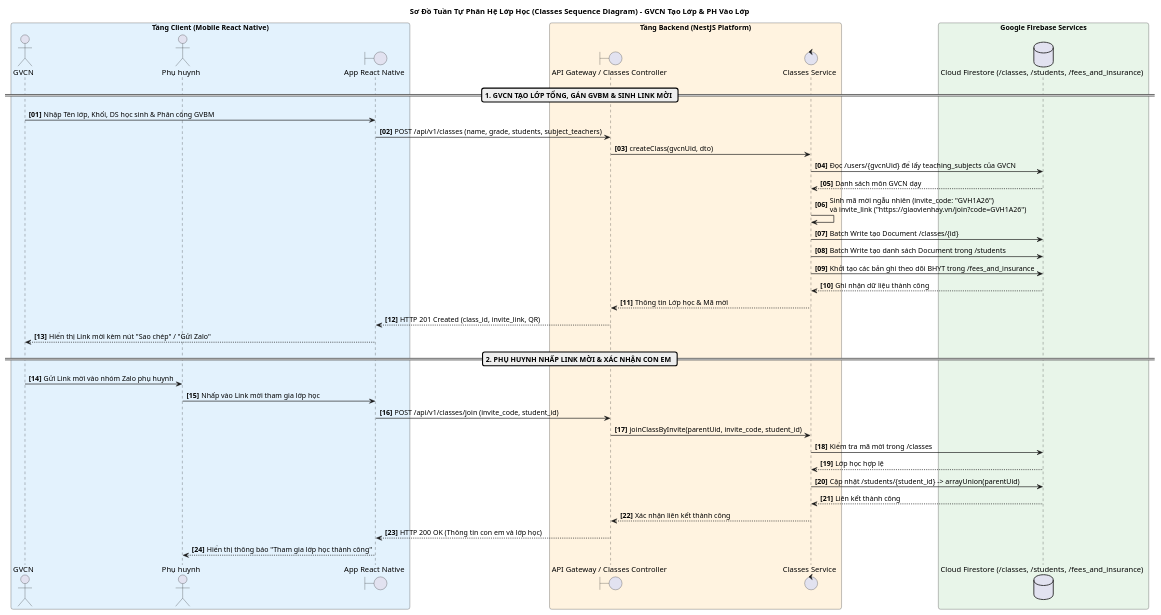
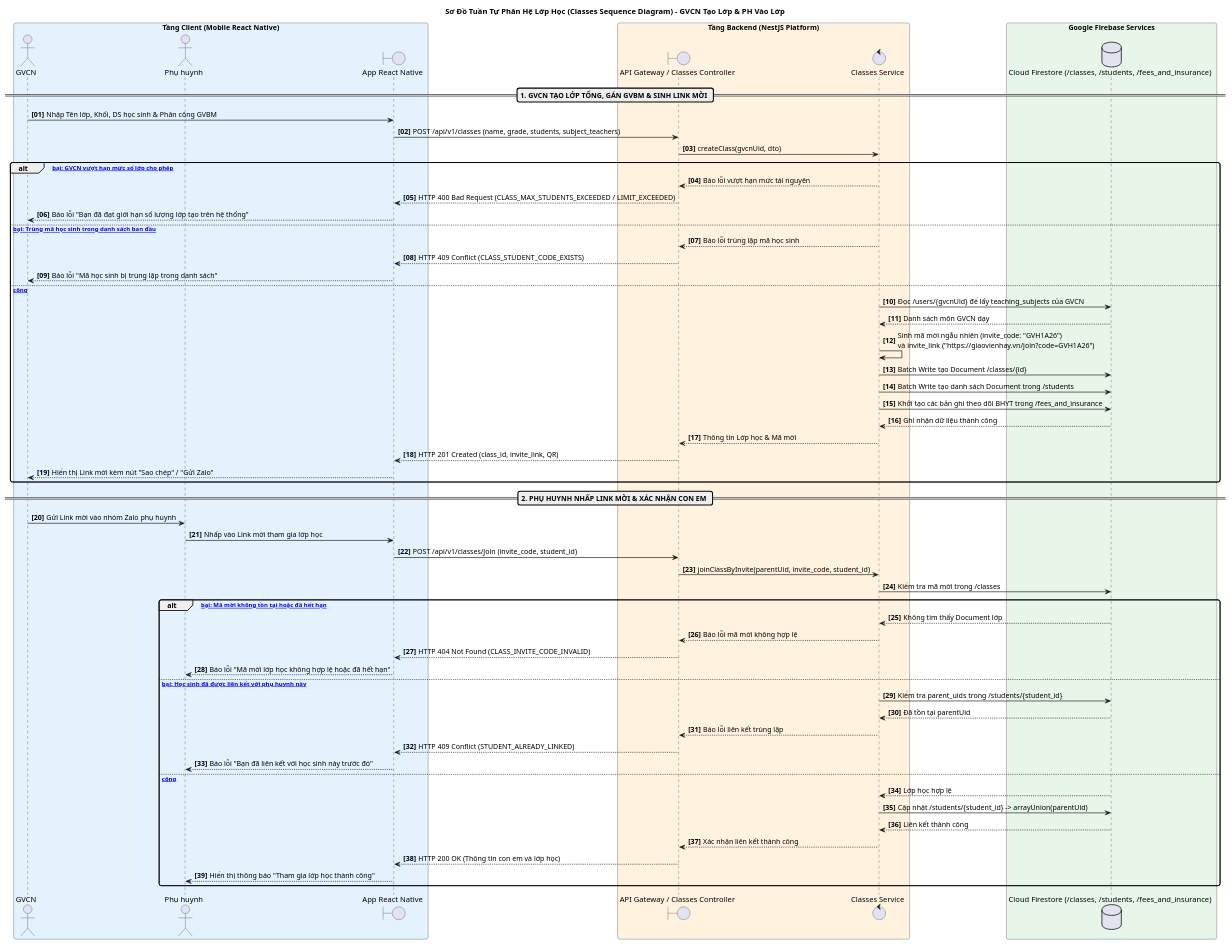
The diagram in docs/apis/classes/sequence.puml (gray8493/GiaoVienHay), drawn with PlantUML before and after one commit. The commit also changed 27 other files, not shown here.

```diff
--- a/docs/apis/classes/sequence.puml
+++ b/docs/apis/classes/sequence.puml
@@ -1,55 +1,80 @@
 @startuml
 autonumber "<b>[00]</b>"
 skinparam BoxPadding 10
 skinparam ParticipantPadding 10
 skinparam SequenceArrowThickness 1.2
 skinparam RoundCorner 8
 
 title Sơ Đồ Tuần Tự Phân Hệ Lớp Học (Classes Sequence Diagram) - GVCN Tạo Lớp & PH Vào Lớp
 
 box "Tầng Client (Mobile React Native)" #E3F2FD
 actor "GVCN" as GVCN
 actor "Phụ huynh" as Parent
 boundary "App React Native" as AppClient
 end box
 
 box "Tầng Backend (NestJS Platform)" #FFF3E0
 boundary "API Gateway / Classes Controller" as Gateway
 control "Classes Service" as ClassService
 end box
 
 box "Google Firebase Services" #E8F5E9
 database "Cloud Firestore (/classes, /students, /fees_and_insurance)" as Firestore
 end box
 
 == 1. GVCN TẠO LỚP TỔNG, GÁN GVBM & SINH LINK MỜI ==
 
 GVCN -> AppClient: Nhập Tên lớp, Khối, DS học sinh & Phân công GVBM
 AppClient -> Gateway: POST /api/v1/classes (name, grade, students, subject_teachers)
 Gateway -> ClassService: createClass(gvcnUid, dto)
-ClassService -> Firestore: Đọc /users/{gvcnUid} để lấy teaching_subjects của GVCN
-Firestore --> ClassService: Danh sách môn GVCN dạy
-ClassService -> ClassService: Sinh mã mời ngẫu nhiên (invite_code: "GVH1A26")\nvà invite_link ("https://giaovienhay.vn/join?code=GVH1A26")
-ClassService -> Firestore: Batch Write tạo Document /classes/{id}
-ClassService -> Firestore: Batch Write tạo danh sách Document trong /students
-ClassService -> Firestore: Khởi tạo các bản ghi theo dõi BHYT trong /fees_and_insurance
-Firestore --> ClassService: Ghi nhận dữ liệu thành công
-ClassService --> Gateway: Thông tin Lớp học & Mã mời
-Gateway --> AppClient: HTTP 201 Created (class_id, invite_link, QR)
-AppClient --> GVCN: Hiển thị Link mời kèm nút "Sao chép" / "Gửi Zalo"
+
+alt [Thất bại: GVCN vượt hạn mức số lớp cho phép]
+    ClassService --> Gateway: Báo lỗi vượt hạn mức tài nguyên
+    Gateway --> AppClient: HTTP 400 Bad Request (CLASS_MAX_STUDENTS_EXCEEDED / LIMIT_EXCEEDED)
+    AppClient --> GVCN: Báo lỗi "Bạn đã đạt giới hạn số lượng lớp tạo trên hệ thống"
+else [Thất bại: Trùng mã học sinh trong danh sách ban đầu]
+    ClassService --> Gateway: Báo lỗi trùng lặp mã học sinh
+    Gateway --> AppClient: HTTP 409 Conflict (CLASS_STUDENT_CODE_EXISTS)
+    AppClient --> GVCN: Báo lỗi "Mã học sinh bị trùng lặp trong danh sách"
+else [Thành công]
+    ClassService -> Firestore: Đọc /users/{gvcnUid} để lấy teaching_subjects của GVCN
+    Firestore --> ClassService: Danh sách môn GVCN dạy
+    ClassService -> ClassService: Sinh mã mời ngẫu nhiên (invite_code: "GVH1A26")\nvà invite_link ("https://giaovienhay.vn/join?code=GVH1A26")
+    ClassService -> Firestore: Batch Write tạo Document /classes/{id}
+    ClassService -> Firestore: Batch Write tạo danh sách Document trong /students
+    ClassService -> Firestore: Khởi tạo các bản ghi theo dõi BHYT trong /fees_and_insurance
+    Firestore --> ClassService: Ghi nhận dữ liệu thành công
+    ClassService --> Gateway: Thông tin Lớp học & Mã mời
+    Gateway --> AppClient: HTTP 201 Created (class_id, invite_link, QR)
+    AppClient --> GVCN: Hiển thị Link mời kèm nút "Sao chép" / "Gửi Zalo"
+end
 
 == 2. PHỤ HUYNH NHẤP LINK MỜI & XÁC NHẬN CON EM ==
 
 GVCN -> Parent: Gửi Link mời vào nhóm Zalo phụ huynh
 Parent -> AppClient: Nhấp vào Link mời tham gia lớp học
 AppClient -> Gateway: POST /api/v1/classes/join (invite_code, student_id)
 Gateway -> ClassService: joinClassByInvite(parentUid, invite_code, student_id)
 ClassService -> Firestore: Kiểm tra mã mời trong /classes
-Firestore --> ClassService: Lớp học hợp lệ
-ClassService -> Firestore: Cập nhật /students/{student_id} -> arrayUnion(parentUid)
-Firestore --> ClassService: Liên kết thành công
-ClassService --> Gateway: Xác nhận liên kết thành công
-Gateway --> AppClient: HTTP 200 OK (Thông tin con em và lớp học)
-AppClient --> Parent: Hiển thị thông báo "Tham gia lớp học thành công"
+
+alt [Thất bại: Mã mời không tồn tại hoặc đã hết hạn]
+    Firestore --> ClassService: Không tìm thấy Document lớp
+    ClassService --> Gateway: Báo lỗi mã mời không hợp lệ
+    Gateway --> AppClient: HTTP 404 Not Found (CLASS_INVITE_CODE_INVALID)
+    AppClient --> Parent: Báo lỗi "Mã mời lớp học không hợp lệ hoặc đã hết hạn"
+else [Thất bại: Học sinh đã được liên kết với phụ huynh này]
+    ClassService -> Firestore: Kiểm tra parent_uids trong /students/{student_id}
+    Firestore --> ClassService: Đã tồn tại parentUid
+    ClassService --> Gateway: Báo lỗi liên kết trùng lặp
+    Gateway --> AppClient: HTTP 409 Conflict (STUDENT_ALREADY_LINKED)
+    AppClient --> Parent: Báo lỗi "Bạn đã liên kết với học sinh này trước đó"
+else [Thành công]
+    Firestore --> ClassService: Lớp học hợp lệ
+    ClassService -> Firestore: Cập nhật /students/{student_id} -> arrayUnion(parentUid)
+    Firestore --> ClassService: Liên kết thành công
+    ClassService --> Gateway: Xác nhận liên kết thành công
+    Gateway --> AppClient: HTTP 200 OK (Thông tin con em và lớp học)
+    AppClient --> Parent: Hiển thị thông báo "Tham gia lớp học thành công"
+end
 
 @enduml
```
